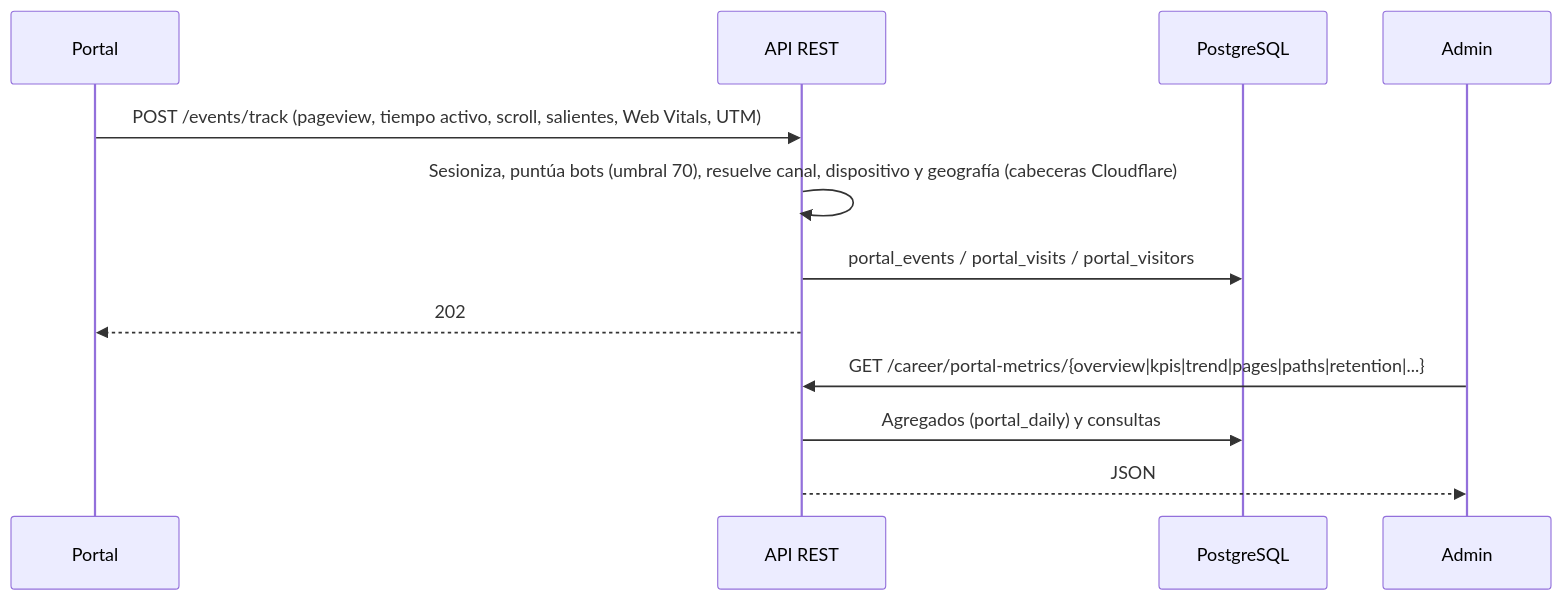
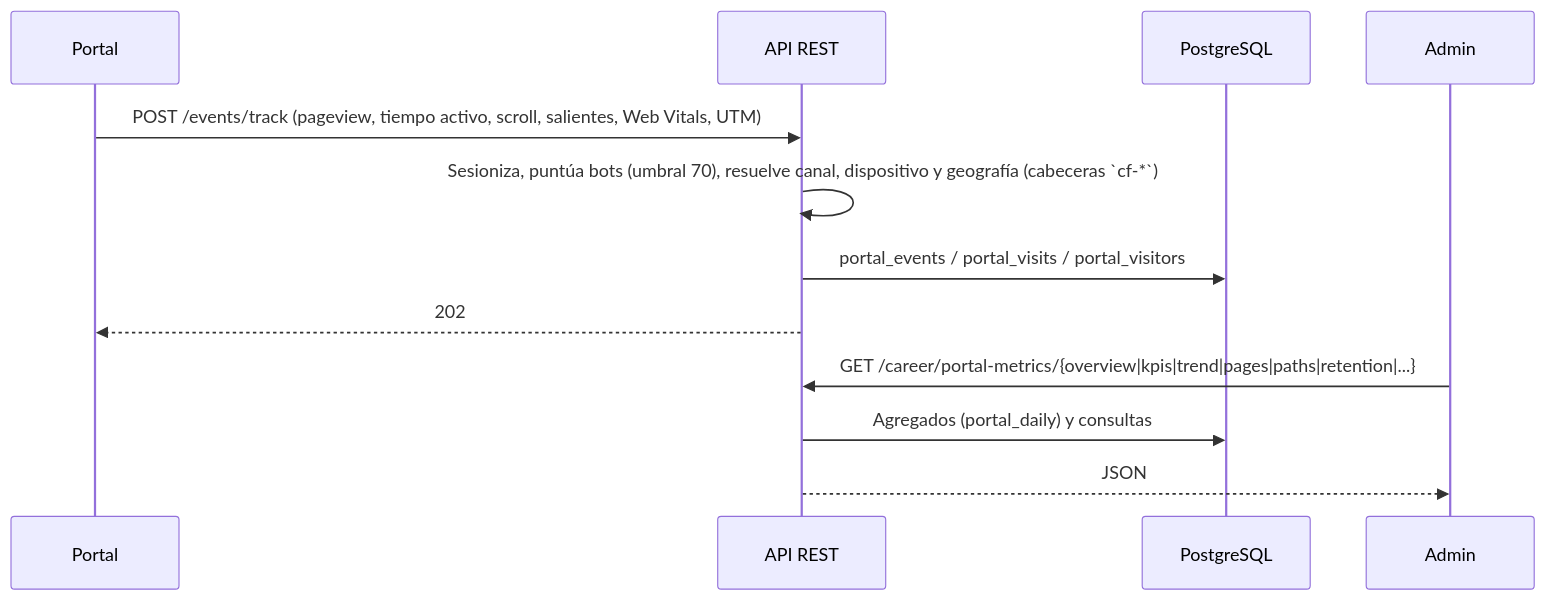
Before and after one commit to cjhirashi/cjhirashi-career: the eighth of 8 diagrams in docs/06-RUNTIME-VIEW.md, drawn with Mermaid. The commit also changed other lines of this file and 19 other files, not shown here.

````diff
--- a/docs/06-RUNTIME-VIEW.md
+++ b/docs/06-RUNTIME-VIEW.md
@@ -212,15 +212,15 @@
 ```mermaid
 sequenceDiagram
     participant P as Portal
     participant API as API REST
     participant DB as PostgreSQL
     participant A as Admin
 
     P->>API: POST /events/track (pageview, tiempo activo, scroll, salientes, Web Vitals, UTM)
-    API->>API: Sesioniza, puntúa bots (umbral 70), resuelve canal, dispositivo y geografía (cabeceras Cloudflare)
+    API->>API: Sesioniza, puntúa bots (umbral 70), resuelve canal, dispositivo y geografía (cabeceras `cf-*`)
     API->>DB: portal_events / portal_visits / portal_visitors
     API-->>P: 202
     A->>API: GET /career/portal-metrics/{overview|kpis|trend|pages|paths|retention|...}
     API->>DB: Agregados (portal_daily) y consultas
     API-->>A: JSON
 ```
````
